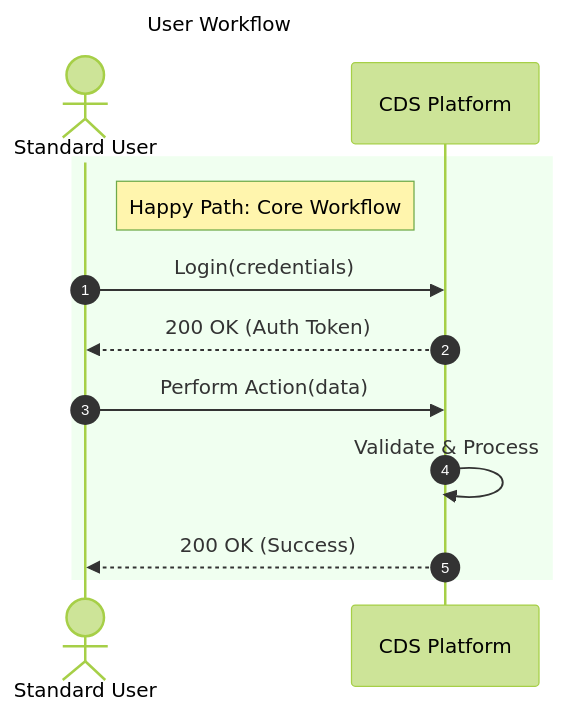
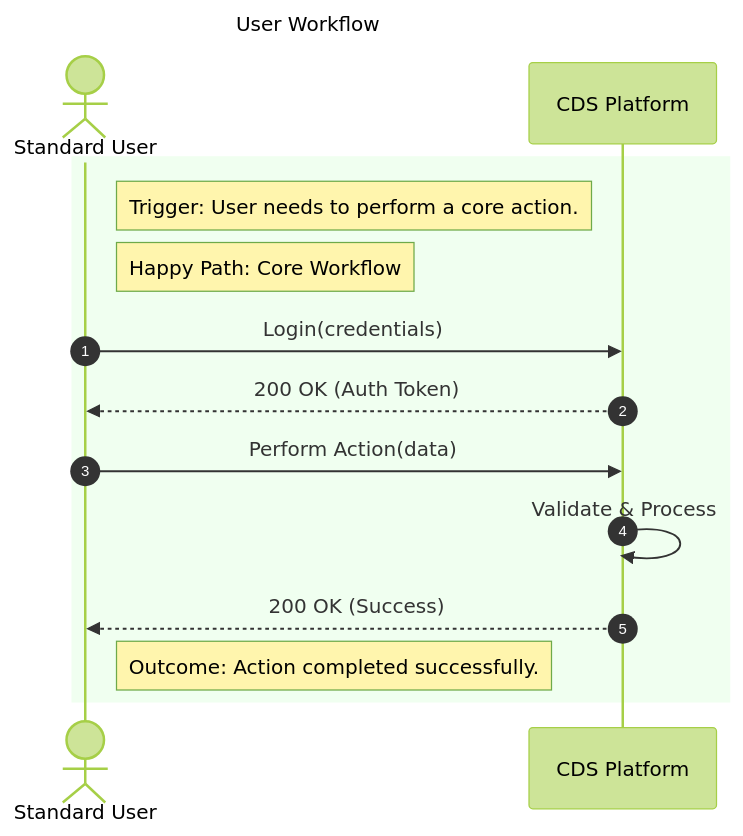
The diagram in packages/core/templates/scaffolds/journeys/JRN_UserWorkflow.mermaid (futurefoundai/foundryspec), drawn with Mermaid (forest theme) before and after one commit. The commit also changed 14 other files, not shown here.

```diff
--- a/packages/core/templates/scaffolds/journeys/JRN_UserWorkflow.mermaid
+++ b/packages/core/templates/scaffolds/journeys/JRN_UserWorkflow.mermaid
@@ -1,20 +1,22 @@
 ---
 title: User Workflow
 description: Core user interaction flow.
 id: "JRN_UserWorkflow"
 ---
 sequenceDiagram
     autonumber
     actor PER_User as Standard User
     participant CTX_Main as CDS Platform
 
     rect rgb(240, 255, 240)
+    Note right of PER_User: Trigger: User needs to perform a core action.
     Note right of PER_User: Happy Path: Core Workflow
     
     PER_User->>CTX_Main: Login(credentials)
     CTX_Main-->>PER_User: 200 OK (Auth Token)
 
     PER_User->>CTX_Main: Perform Action(data)
     CTX_Main->>CTX_Main: Validate & Process
     CTX_Main-->>PER_User: 200 OK (Success)
+    Note right of PER_User: Outcome: Action completed successfully.
     end
```
